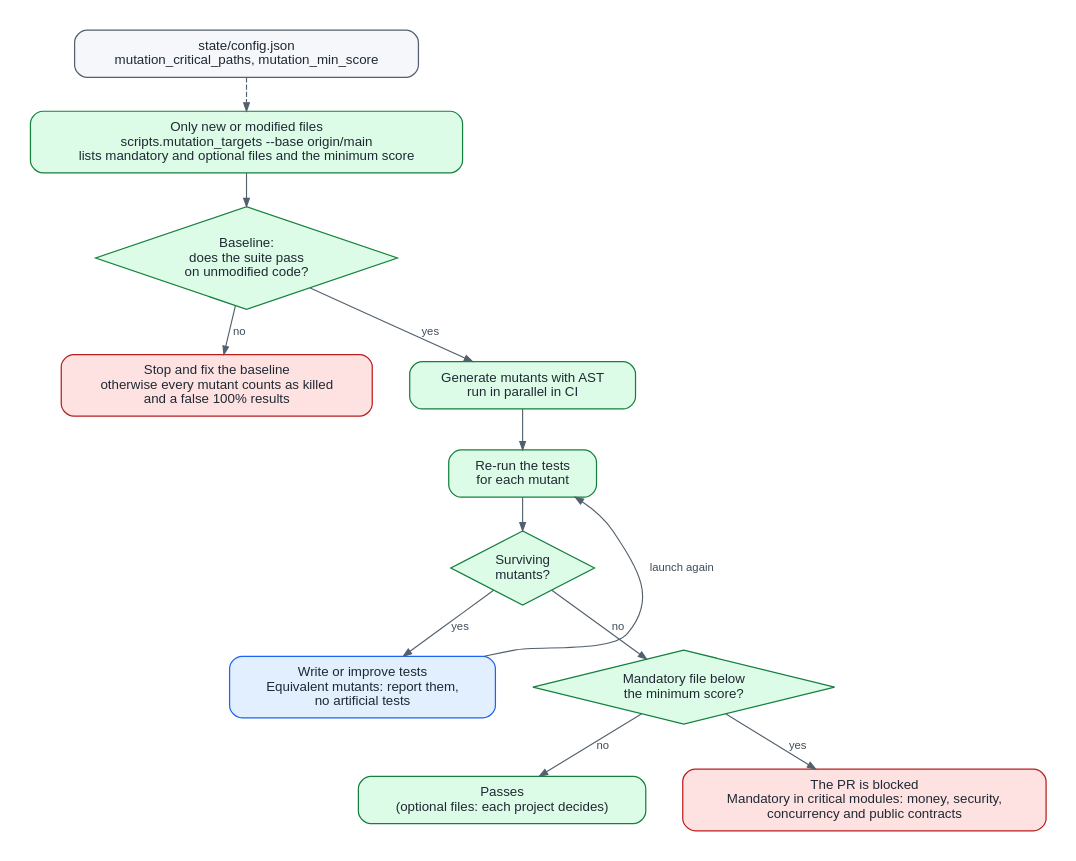
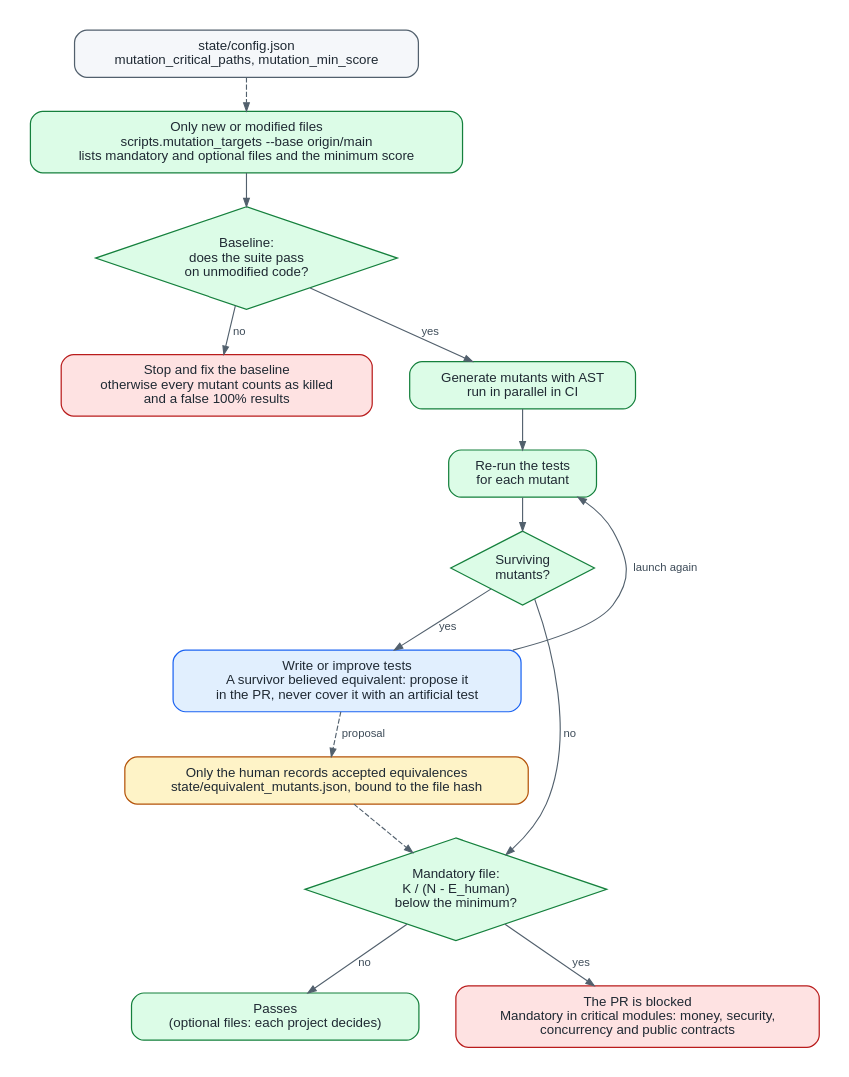
Before and after one commit to agustindiazcano/afaw-anti-fragile-agentic-workflow: the diagram in docs/diagrams/05-mutation-testing.dot, drawn with Graphviz. The commit also changed 36 other files, not shown here.

```diff
--- a/docs/diagrams/05-mutation-testing.dot
+++ b/docs/diagrams/05-mutation-testing.dot
@@ -1,41 +1,46 @@
 digraph mutation_testing {
   graph [fontname="Helvetica", fontsize=13, bgcolor="white", pad=0.3, nodesep=0.5, ranksep=0.45, splines=true, rankdir=TB];
   node  [shape=box, style="rounded,filled", fontname="Helvetica", fontsize=13, color="#15803d", fillcolor="#dcfce7", fontcolor="#1f2933", penwidth=1.2, margin="0.25,0.12"];
   edge  [fontname="Helvetica", fontsize=11, color="#52606d", fontcolor="#3e4c59", arrowsize=0.8, penwidth=1.1];
 
   node [fillcolor="#f5f7fa", color="#52606d"];
   cfg  [label="state/config.json\nmutation_critical_paths, mutation_min_score"];
 
   node [fillcolor="#dcfce7", color="#15803d"];
   diff [label="Only new or modified files\nscripts.mutation_targets --base origin/main\nlists mandatory and optional files and the minimum score"];
   base [shape=diamond, style="filled", margin="0.05,0.05", label="Baseline:\ndoes the suite pass\non unmodified code?"];
 
   node [fillcolor="#fee2e2", color="#b91c1c"];
   stop [label="Stop and fix the baseline\notherwise every mutant counts as killed\nand a false 100% results"];
 
   node [fillcolor="#dcfce7", color="#15803d"];
   gen  [label="Generate mutants with AST\nrun in parallel in CI"];
   run  [label="Re-run the tests\nfor each mutant"];
   sur  [shape=diamond, style="filled", margin="0.05,0.05", label="Surviving\nmutants?"];
 
   node [fillcolor="#e1effe", color="#1c64f2"];
-  fix  [label="Write or improve tests\nEquivalent mutants: report them,\nno artificial tests"];
+  fix  [label="Write or improve tests\nA survivor believed equivalent: propose it\nin the PR, never cover it with an artificial test"];
+
+  node [fillcolor="#fef3c7", color="#b45309"];
+  eq   [label="Only the human records accepted equivalences\nstate/equivalent_mutants.json, bound to the file hash"];
 
   node [fillcolor="#dcfce7", color="#15803d"];
-  score [shape=diamond, style="filled", margin="0.05,0.05", label="Mandatory file below\nthe minimum score?"];
+  score [shape=diamond, style="filled", margin="0.05,0.05", label="Mandatory file:\nK / (N - E_human)\nbelow the minimum?"];
   ok    [label="Passes\n(optional files: each project decides)"];
 
   node [fillcolor="#fee2e2", color="#b91c1c"];
   block [label="The PR is blocked\nMandatory in critical modules: money, security,\nconcurrency and public contracts"];
 
   cfg -> diff [style=dashed];
   diff -> base;
   base -> stop [label=" no"];
   base -> gen [label=" yes"];
   gen -> run -> sur;
   sur -> fix [label=" yes"];
   fix -> run [label=" launch again", constraint=false];
+  fix -> eq [style=dashed, label=" proposal"];
+  eq -> score [style=dashed];
   sur -> score [label=" no"];
   score -> block [label=" yes"];
   score -> ok [label=" no"];
 }
```
